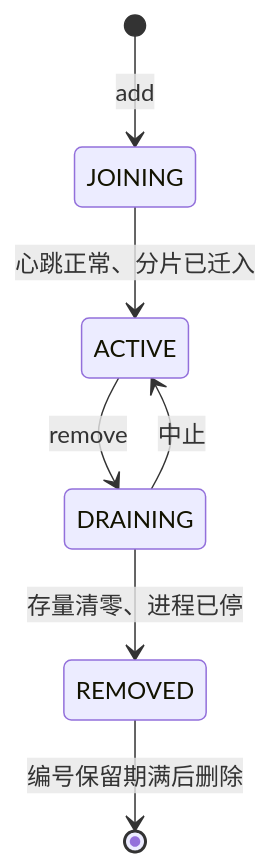
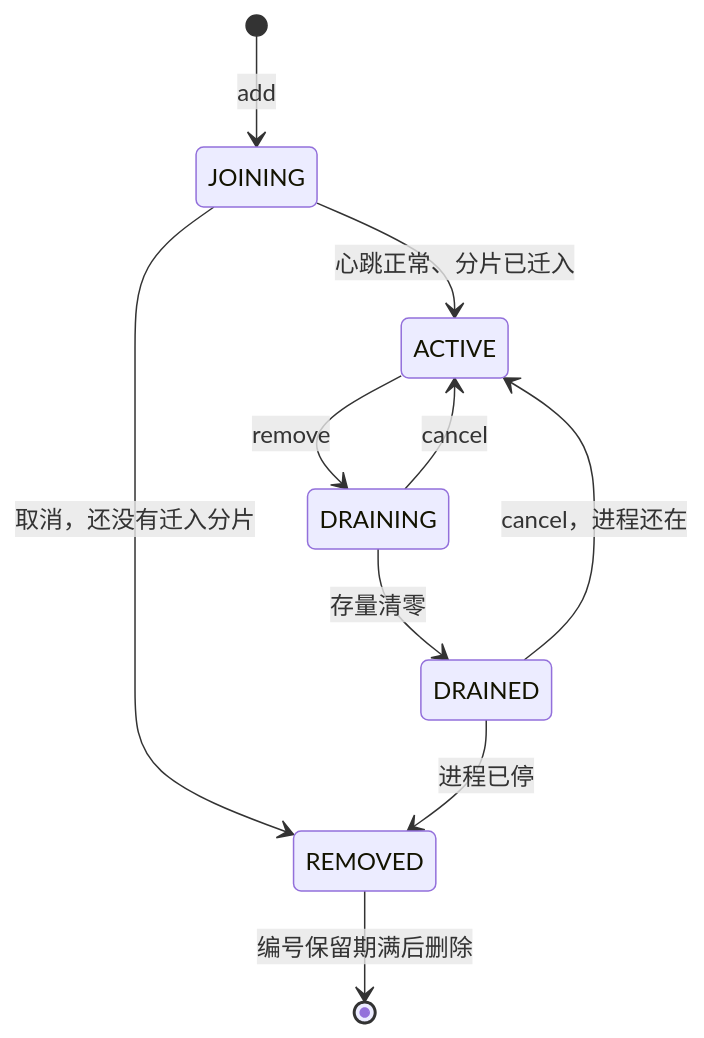
The second of 2 diagrams in docs/模块动态扩缩容设计.md (myq3636/cxsms), drawn with Mermaid before and after one commit. The commit also changed other lines of this file and 2 other files, not shown here.

````diff
--- a/docs/模块动态扩缩容设计.md
+++ b/docs/模块动态扩缩容设计.md
@@ -88,9 +274,12 @@
 ```mermaid
 stateDiagram-v2
   [*] --> JOINING: add
   JOINING --> ACTIVE: 心跳正常、分片已迁入
+  JOINING --> REMOVED: 取消，还没有迁入分片
   ACTIVE --> DRAINING: remove
-  DRAINING --> ACTIVE: 中止
-  DRAINING --> REMOVED: 存量清零、进程已停
+  DRAINING --> ACTIVE: cancel
+  DRAINING --> DRAINED: 存量清零
+  DRAINED --> REMOVED: 进程已停
+  DRAINED --> ACTIVE: cancel，进程还在
   REMOVED --> [*]: 编号保留期满后删除
 ```
````
